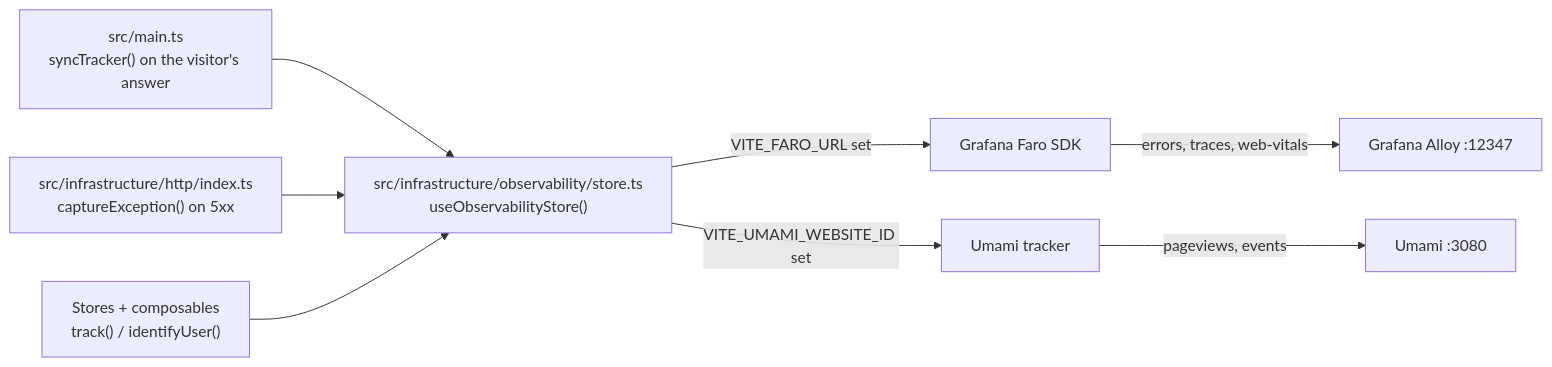
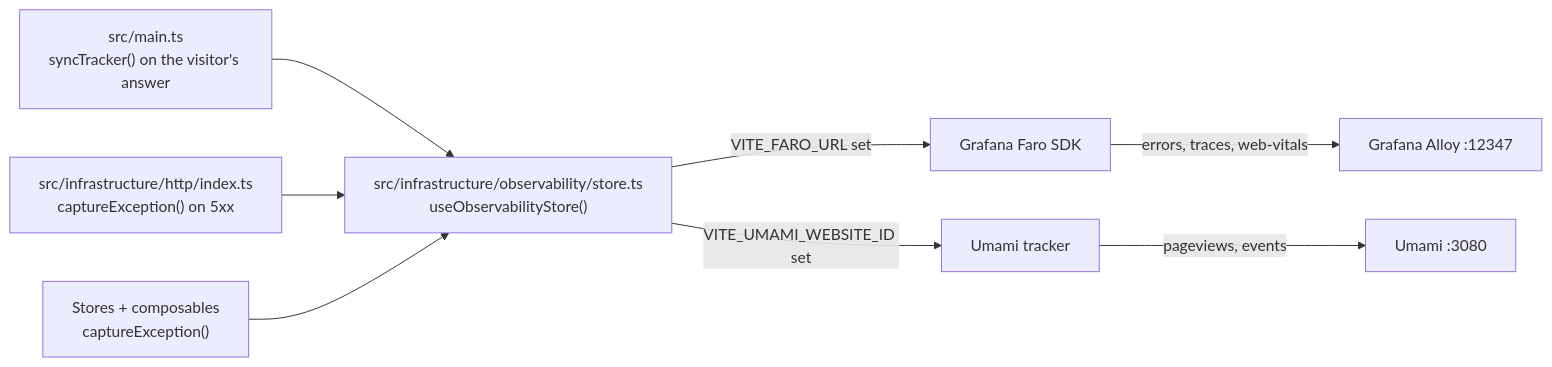
The first of 2 diagrams in docs/tools/observability.md (Guebbit/boilerplate-vue-frontend), drawn with Mermaid before and after one commit. The commit also changed other lines of this file and 12 other files, not shown here.

````diff
--- a/docs/tools/observability.md
+++ b/docs/tools/observability.md
@@ -16,16 +16,16 @@
 ```mermaid
 %%{init: {'flowchart': {'nodeSpacing': 50, 'rankSpacing': 65}}}%%
 flowchart LR
     Main["src/main.ts\nsyncTracker() on the visitor's answer"]
     Store["src/infrastructure/observability/store.ts\nuseObservabilityStore()"]
     HTTP["src/infrastructure/http/index.ts\ncaptureException() on 5xx"]
-    Components["Stores + composables\ntrack() / identifyUser()"]
+    Components["Stores + composables\ncaptureException()"]
 
     Main --> Store
     HTTP --> Store
     Components --> Store
     Store -->|VITE_FARO_URL set| Faro["Grafana Faro SDK"]
     Store -->|VITE_UMAMI_WEBSITE_ID set| Umami["Umami tracker"]
     Faro -->|errors, traces, web-vitals| Alloy["Grafana Alloy :12347"]
     Umami -->|pageviews, events| UmamiServer["Umami :3080"]
 ```
````
